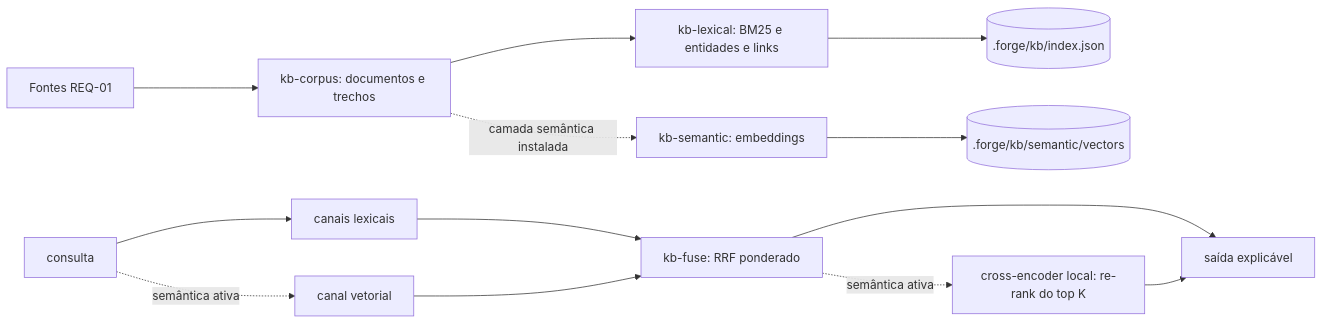
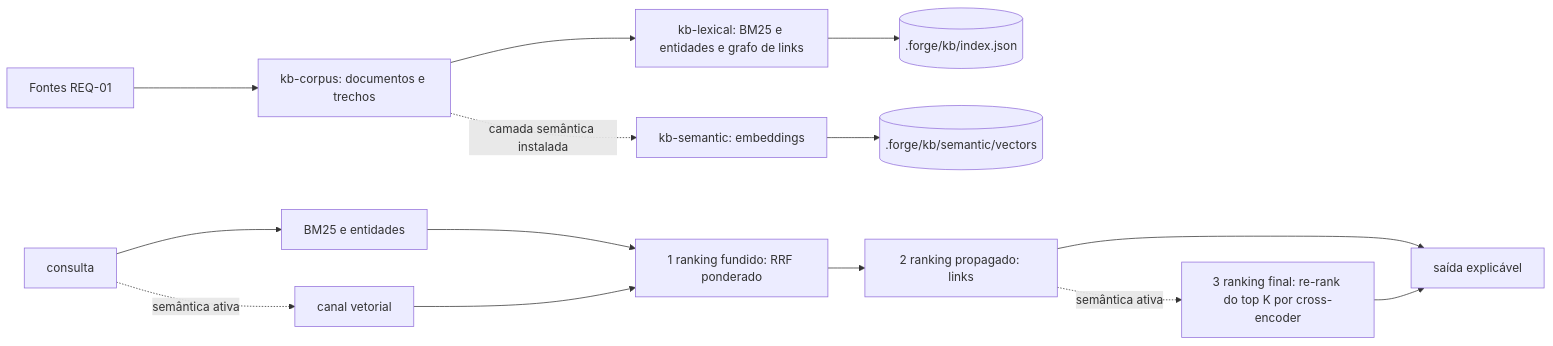
One commit to vellus-tech/forge-harness changed the diagram in .forge/specs/active/add-unified-knowledge-search/design.md. Above: the diagram before and after it, drawn with Mermaid. The commit also changed other lines of this file and 8 other files, not shown here.

````diff
--- a/.forge/specs/active/add-unified-knowledge-search/design.md
+++ b/.forge/specs/active/add-unified-knowledge-search/design.md
@@ -17,15 +17,16 @@
 ```mermaid
 flowchart LR
   F[Fontes REQ-01] --> C[kb-corpus: documentos e trechos]
-  C --> L[kb-lexical: BM25 e entidades e links]
+  C --> L[kb-lexical: BM25 e entidades e grafo de links]
   L --> I[(.forge/kb/index.json)]
   C -. camada semântica instalada .-> E[kb-semantic: embeddings]
   E --> V[(.forge/kb/semantic/vectors)]
-  Q[consulta] --> R1[canais lexicais]
+  Q[consulta] --> R1[BM25 e entidades]
   Q -. semântica ativa .-> R2[canal vetorial]
-  R1 --> FU[kb-fuse: RRF ponderado]
+  R1 --> FU[1 ranking fundido: RRF ponderado]
   R2 --> FU
-  FU -. semântica ativa .-> RR[cross-encoder local: re-rank do top K]
-  FU --> OUT[saída explicável]
+  FU --> PR[2 ranking propagado: links]
+  PR -. semântica ativa .-> RR[3 ranking final: re-rank do top K por cross-encoder]
+  PR --> OUT[saída explicável]
   RR --> OUT
 ```
````
